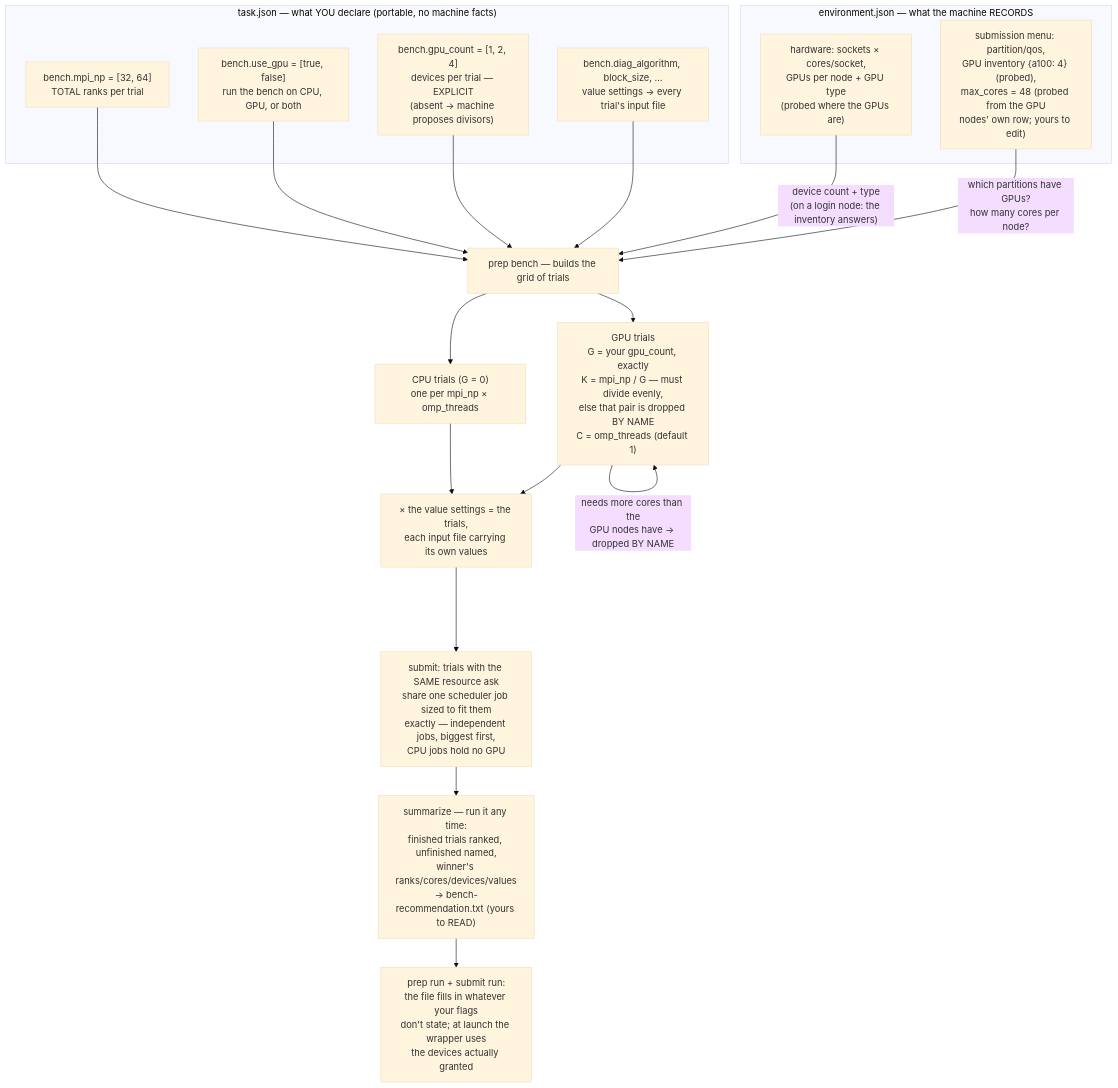
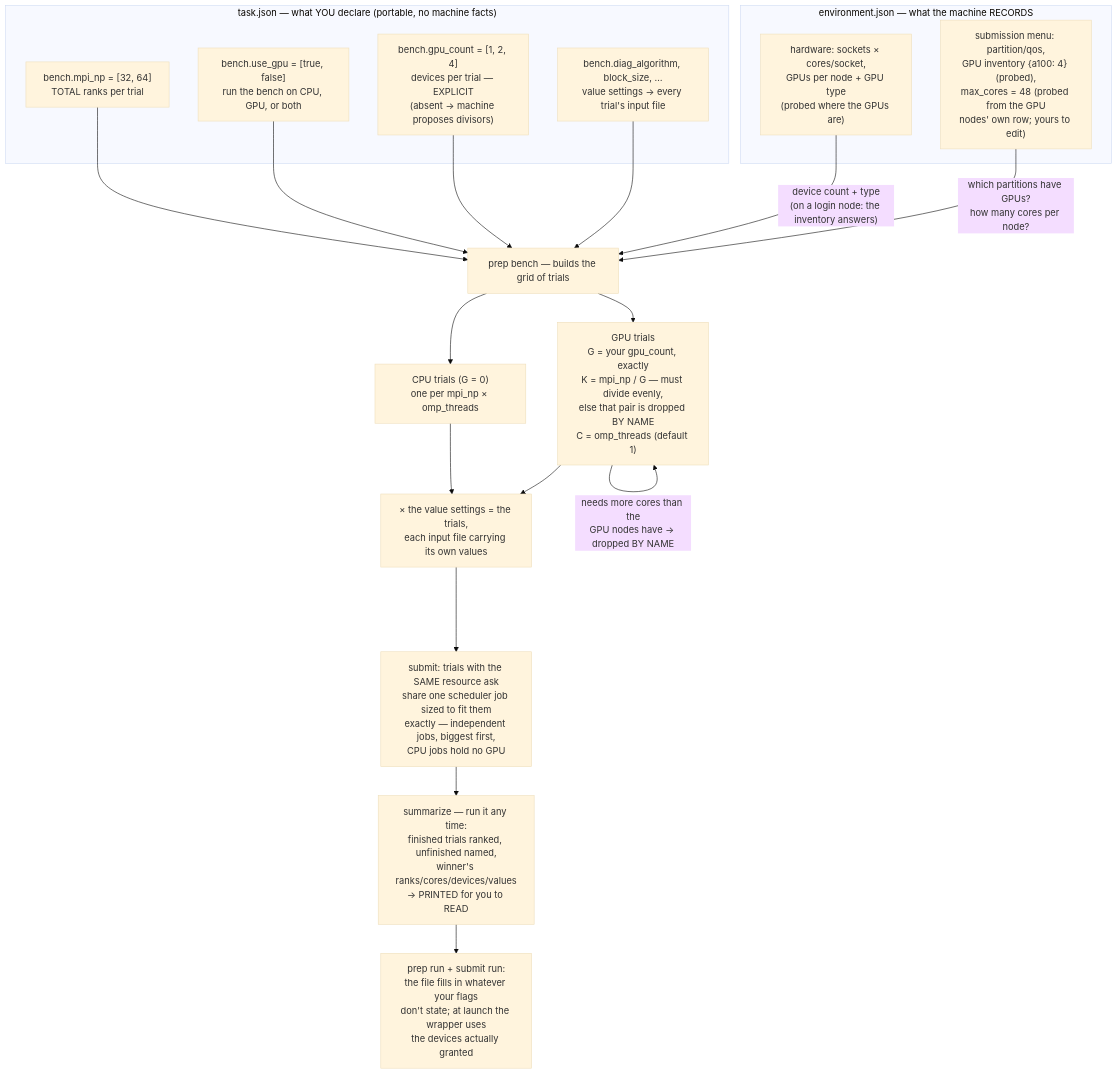
The second of 4 diagrams in docs/engines/tuning.md (Qing-LAB/molbuilder), drawn with Mermaid (base theme) before and after one commit. The commit also changed other lines of this file and 20 other files, not shown here.

````diff
--- a/docs/engines/tuning.md
+++ b/docs/engines/tuning.md
@@ -563,28 +563,28 @@
 ```mermaid
 flowchart TD
     subgraph YOU["task.json — what YOU declare (portable, no machine facts)"]
         MP["bench.mpi_np = [32, 64]<br/>TOTAL ranks per trial"]
         EG["bench.use_gpu = [true, false]<br/>run the bench on CPU, GPU, or both"]
         GC["bench.gpu_count = [1, 2, 4]<br/>devices per trial — EXPLICIT<br/>(absent → machine proposes divisors)"]
         VA["bench.diag_algorithm, block_size, …<br/>value settings → every trial's input file"]
     end
     subgraph MACHINE["environment.json — what the machine RECORDS"]
         TOPO["hardware: sockets × cores/socket,<br/>GPUs per node + GPU type<br/>(probed where the GPUs are)"]
         DOM["submission menu: partition/qos,<br/>GPU inventory {a100: 4} (probed),<br/>max_cores = 48 (probed from the GPU<br/>nodes' own row; yours to edit)"]
     end
     PREP["prep bench — builds the grid of trials"]
     MP --> PREP
     EG --> PREP
     GC --> PREP
     VA --> PREP
     TOPO -->|"device count + type<br/>(on a login node: the inventory answers)"| PREP
     DOM -->|"which partitions have GPUs?<br/>how many cores per node?"| PREP
     PREP --> CPU["CPU trials (G = 0)<br/>one per mpi_np × omp_threads"]
     PREP --> GPU["GPU trials<br/>G = your gpu_count, exactly<br/>K = mpi_np / G — must divide evenly,<br/>else that pair is dropped BY NAME<br/>C = omp_threads (default 1)"]
     GPU -->|"needs more cores than the<br/>GPU nodes have → dropped BY NAME"| GPU
     CPU --> TRIALS["× the value settings = the trials,<br/>each input file carrying its own values"]
     GPU --> TRIALS
     TRIALS --> SHELF["submit: trials with the SAME resource ask<br/>share one scheduler job sized to fit them<br/>exactly — independent jobs, biggest first,<br/>CPU jobs hold no GPU"]
-    SHELF --> SUMM["summarize — run it any time:<br/>finished trials ranked, unfinished named,<br/>winner's ranks/cores/devices/values<br/>→ bench-recommendation.txt (yours to READ)"]
+    SHELF --> SUMM["summarize — run it any time:<br/>finished trials ranked, unfinished named,<br/>winner's ranks/cores/devices/values<br/>→ PRINTED for you to READ"]
     SUMM --> RUN["prep run + submit run:<br/>the file fills in whatever your flags<br/>don't state; at launch the wrapper uses<br/>the devices actually granted"]
 ```
````
